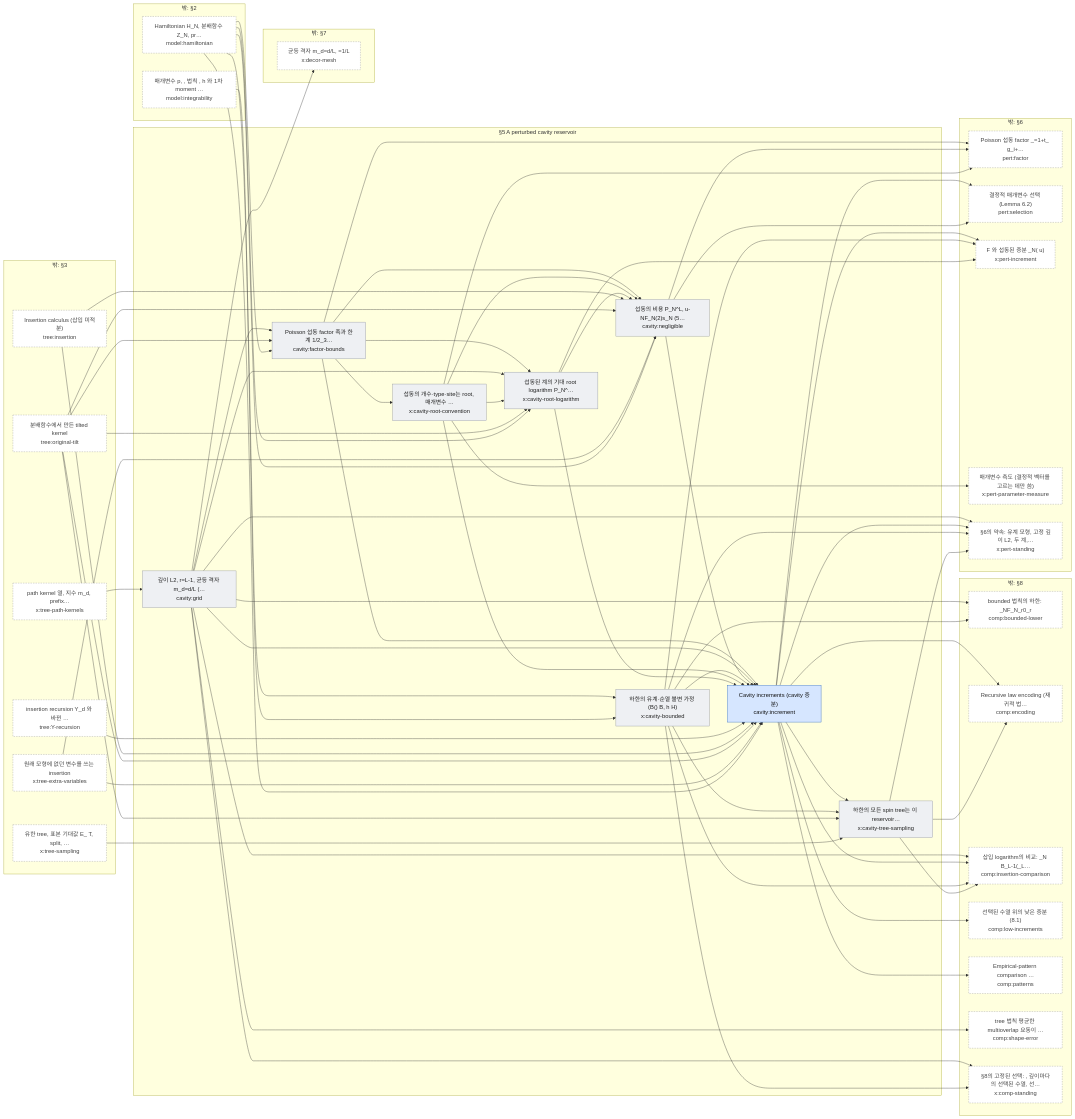
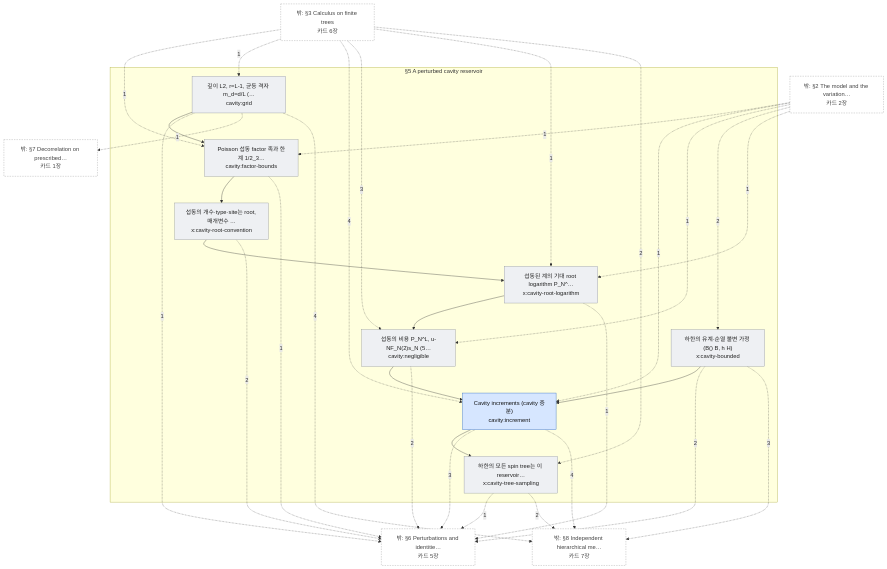
One commit to EuijinJeon/math2phys-site changed the diagram in redesign/build/artifact/maps/sec-cavity.mmd. Above: the diagram before and after it, drawn with Mermaid. The commit also changed 40 other files, not shown here.

```diff
--- a/redesign/build/artifact/maps/sec-cavity.mmd
+++ b/redesign/build/artifact/maps/sec-cavity.mmd
@@ -1,138 +1,66 @@
-flowchart LR
+flowchart TB
   subgraph IN["§5 A perturbed cavity reservoir"]
     a0["Poisson 섭동 factor 족과 한계 1/2_3…<br/>cavity:factor-bounds"]
     a1["깊이 L2, r=L-1, 균등 격자 m_d=d/L (…<br/>cavity:grid"]
     a2["Cavity increments (cavity 증분)<br/>cavity:increment"]
     a3["섭동의 비용 P_N^L, u-NF_N(2)s_N (5…<br/>cavity:negligible"]
     a4["하한의 유계·순열 불변 가정 (B() B, h H)<br/>x:cavity-bounded"]
     a5["섭동의 개수·type·site는 root, 매개변수 …<br/>x:cavity-root-convention"]
     a6["섭동된 계의 기대 root logarithm P_N^…<br/>x:cavity-root-logarithm"]
     a7["하한의 모든 spin tree는 이 reservoir…<br/>x:cavity-tree-sampling"]
   end
-  subgraph X0["밖: §8"]
-    e0["bounded 법칙의 하한: _NF_N_r0_r<br/>comp:bounded-lower"]
-    e1["Recursive law encoding (재귀적 법…<br/>comp:encoding"]
-    e2["삽입 logarithm의 비교: _N B_L-1(_L…<br/>comp:insertion-comparison"]
-    e3["선택된 수열 위의 낮은 증분 (8.1)<br/>comp:low-increments"]
-    e4["Empirical-pattern comparison …<br/>comp:patterns"]
-    e5["tree 법칙 평균한 multioverlap 요동이 …<br/>comp:shape-error"]
-    e6["§8의 고정된 선택: , 깊이마다의 선택된 수열, 선…<br/>x:comp-standing"]
-  end
-  subgraph X1["밖: §7"]
-    e7["균등 격자 m_d=d/L, =1/L<br/>x:decor-mesh"]
-  end
-  subgraph X2["밖: §2"]
-    e8["Hamiltonian H_N, 분배함수 Z_N, pr…<br/>model:hamiltonian"]
-    e9["매개변수 p, , 법칙 , h 와 1차 moment …<br/>model:integrability"]
-  end
-  subgraph X3["밖: §6"]
-    e10["Poisson 섭동 factor _=1+t_ g_i+…<br/>pert:factor"]
-    e11["결정적 매개변수 선택 (Lemma 6.2)<br/>pert:selection"]
-    e12["F 와 섭동된 증분 _N( u)<br/>x:pert-increment"]
-    e13["매개변수 측도 (결정적 벡터를 고르는 데만 씀)<br/>x:pert-parameter-measure"]
-    e14["§6의 약속: 유계 모형, 고정 깊이 L2, 두 계,…<br/>x:pert-standing"]
-  end
-  subgraph X4["밖: §3"]
-    e15["insertion recursion Y_d 와 바뀐 …<br/>tree:Y-recursion"]
-    e16["Insertion calculus (삽입 미적분)<br/>tree:insertion"]
-    e17["분배함수에서 만든 tilted kernel<br/>tree:original-tilt"]
-    e18["원래 모형에 없던 변수를 쓰는 insertion<br/>x:tree-extra-variables"]
-    e19["path kernel 열, 지수 m_d, prefix…<br/>x:tree-path-kernels"]
-    e20["유한 tree, 표본 기대값 E_ T, split, …<br/>x:tree-sampling"]
-  end
-  a0 --> a2
-  a0 --> a3
+  X0["밖: §2 The model and the variation…<br/>카드 2장"]
+  X1["밖: §3 Calculus on finite trees<br/>카드 6장"]
+  X2["밖: §6 Perturbations and identitie…<br/>카드 5장"]
+  X3["밖: §7 Decorrelation on prescribed…<br/>카드 1장"]
+  X4["밖: §8 Independent hierarchical me…<br/>카드 7장"]
   a0 --> a5
-  a0 --> a6
-  a0 --> e10
   a1 --> a0
-  a1 --> a2
-  a1 --> a6
-  a1 --> e0
-  a1 --> e14
-  a1 --> e2
-  a1 --> e5
-  a1 --> e6
-  a1 --> e7
   a2 --> a7
-  a2 --> e1
-  a2 --> e11
-  a2 --> e12
-  a2 --> e14
-  a2 --> e2
-  a2 --> e3
-  a2 --> e4
   a3 --> a2
-  a3 --> e10
-  a3 --> e11
   a4 --> a2
-  a4 --> a7
-  a4 --> e0
-  a4 --> e12
-  a4 --> e14
-  a4 --> e2
-  a4 --> e6
-  a5 --> a2
-  a5 --> a3
   a5 --> a6
-  a5 --> e10
-  a5 --> e13
-  a6 --> a2
   a6 --> a3
-  a6 --> e12
-  a7 --> e1
-  a7 --> e14
-  a7 --> e2
-  e15 --> a2
-  e16 --> a2
-  e16 --> a3
-  e17 --> a0
-  e17 --> a2
-  e17 --> a3
-  e17 --> a6
-  e17 --> a7
-  e18 --> a2
-  e18 --> a3
-  e19 --> a1
-  e20 --> a7
-  e8 --> a0
-  e8 --> a2
-  e8 --> a3
-  e8 --> a4
-  e8 --> a6
-  e9 --> a4
+  X0 -.->|1| a0
+  X1 -.->|1| a0
+  a0 -.->|1| X2
+  X1 -.->|1| a1
+  a1 -.->|1| X2
+  a1 -.->|1| X3
+  a1 -.->|4| X4
+  X0 -.->|1| a2
+  X1 -.->|4| a2
+  a2 -.->|3| X2
+  a2 -.->|4| X4
+  X0 -.->|1| a3
+  X1 -.->|3| a3
+  a3 -.->|2| X2
+  X0 -.->|2| a4
+  a4 -.->|2| X2
+  a4 -.->|3| X4
+  a5 -.->|2| X2
+  X0 -.->|1| a6
+  X1 -.->|1| a6
+  a6 -.->|1| X2
+  X1 -.->|2| a7
+  a7 -.->|1| X2
+  a7 -.->|2| X4
   classDef thm fill:#d6e6ff,stroke:#1f5fbf,color:#111;
   classDef oth fill:#eef0f3,stroke:#8a8f98,color:#222;
   classDef ext fill:#fff,stroke:#999,stroke-dasharray:4 3,color:#444;
   class a2 thm;
   class a0,a1,a3,a4,a5,a6,a7 oth;
-  class e0,e1,e2,e3,e4,e5,e6,e7,e8,e9,e10,e11,e12,e13,e14,e15,e16,e17,e18,e19,e20 ext;
+  class X0,X1,X2,X3,X4 ext;
   click a0 "cards/cavity.factor-bounds.html"
   click a1 "cards/cavity.grid.html"
   click a2 "cards/cavity.increment.html"
   click a3 "cards/cavity.negligible.html"
   click a4 "cards/x.cavity-bounded.html"
   click a5 "cards/x.cavity-root-convention.html"
   click a6 "cards/x.cavity-root-logarithm.html"
   click a7 "cards/x.cavity-tree-sampling.html"
-  click e0 "cards/comp.bounded-lower.html"
-  click e1 "cards/comp.encoding.html"
-  click e2 "cards/comp.insertion-comparison.html"
-  click e3 "cards/comp.low-increments.html"
-  click e4 "cards/comp.patterns.html"
-  click e5 "cards/comp.shape-error.html"
-  click e6 "cards/x.comp-standing.html"
-  click e7 "cards/x.decor-mesh.html"
-  click e8 "cards/model.hamiltonian.html"
-  click e9 "cards/model.integrability.html"
-  click e10 "cards/pert.factor.html"
-  click e11 "cards/pert.selection.html"
-  click e12 "cards/x.pert-increment.html"
-  click e13 "cards/x.pert-parameter-measure.html"
-  click e14 "cards/x.pert-standing.html"
-  click e15 "cards/tree.Y-recursion.html"
-  click e16 "cards/tree.insertion.html"
-  click e17 "cards/tree.original-tilt.html"
-  click e18 "cards/x.tree-extra-variables.html"
-  click e19 "cards/x.tree-path-kernels.html"
-  click e20 "cards/x.tree-sampling.html"
+  click X0 "map-model.html"
+  click X1 "map-trees.html"
+  click X2 "map-perturbations.html"
+  click X3 "map-decorrelation.html"
+  click X4 "map-comparison.html"
```
